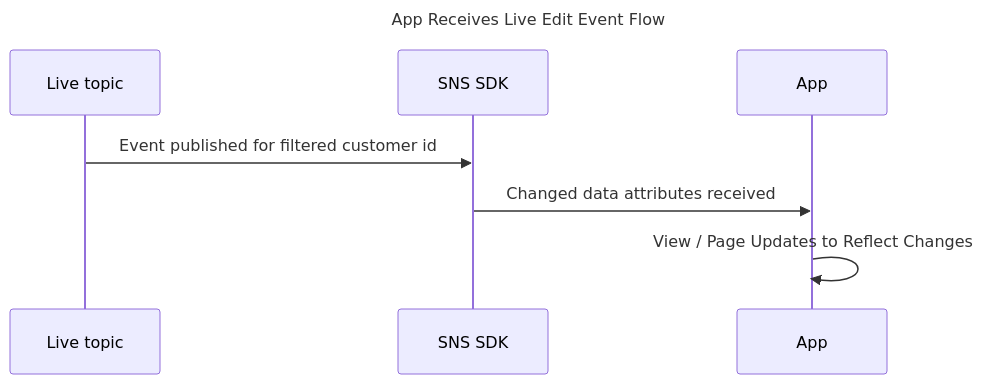
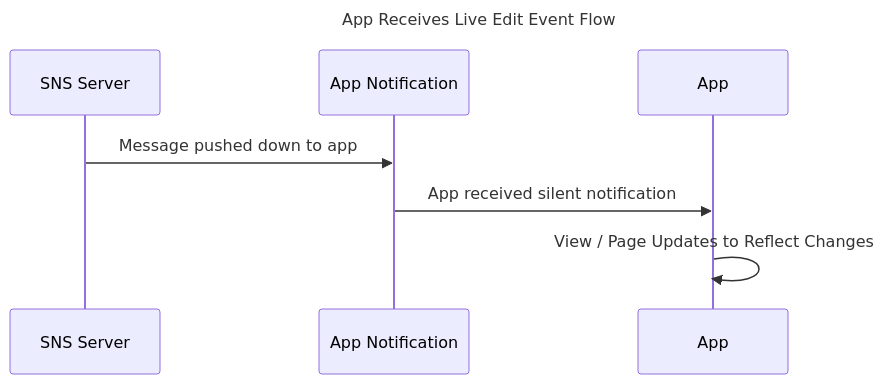
One commit to rickhohler/live-edit-architecture changed the second of 3 diagrams in README.md. Above: the diagram before and after it, drawn with Mermaid. The commit also changed other lines of this file, not shown here.

````diff
--- a/README.md
+++ b/README.md
@@ -65,8 +69,8 @@
 ```mermaid
 sequenceDiagram
   title App Receives Live Edit Event Flow
-  Live topic->>SNS SDK: Event published for filtered customer id
-  SNS SDK->>App: Changed data attributes received
+  SNS Server->>App Notification: Message pushed down to app
+  App Notification->>App: App received silent notification
   App->>App: View / Page Updates to Reflect Changes
 
 ```
````
